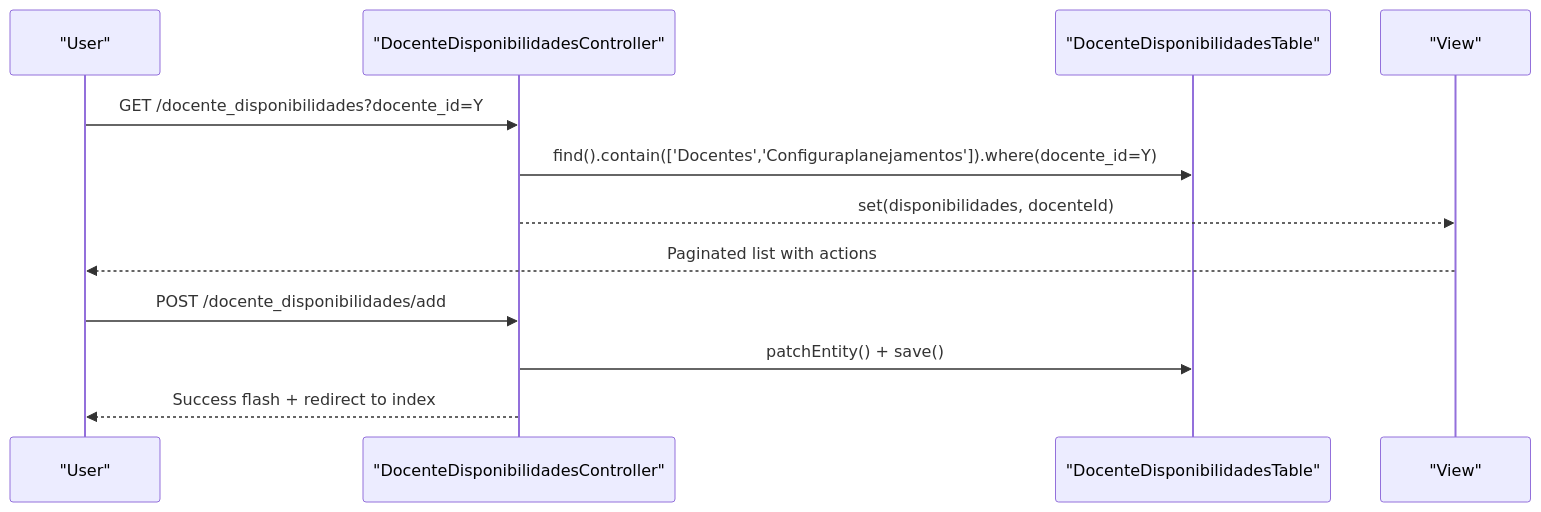
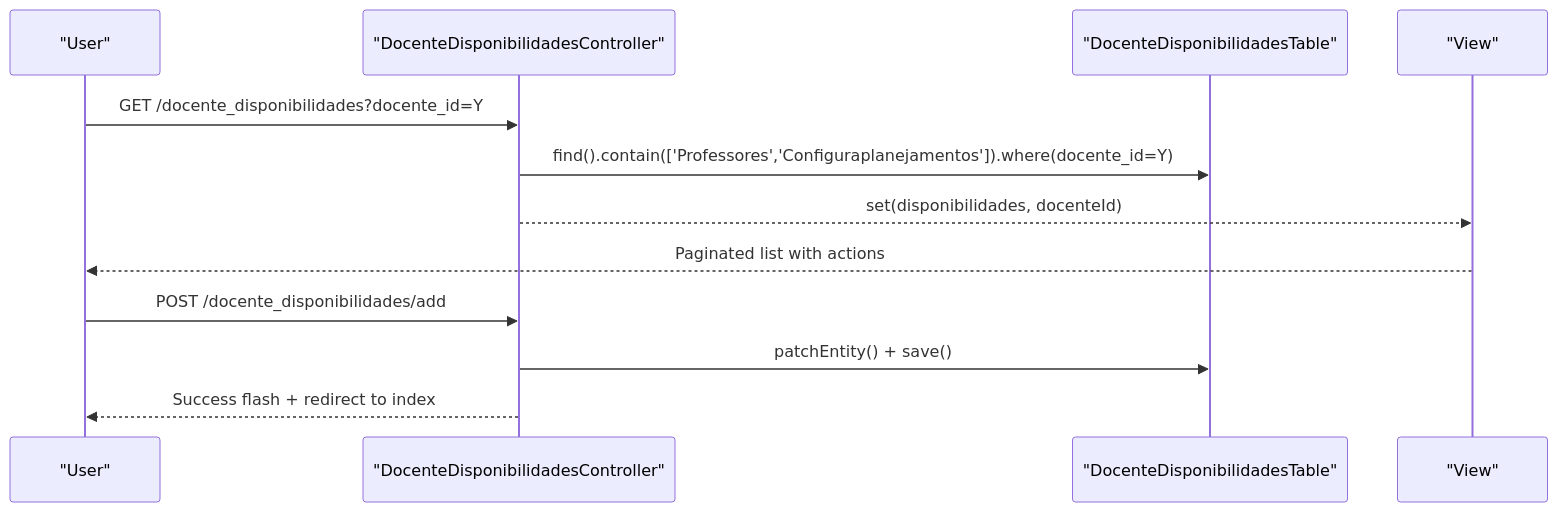
Before and after one commit to luiseduacosta/planejamento5: the eighth of 9 diagrams in .qoder/repowiki/en/content/Project Overview/Core Features Overview/Faculty Management/Faculty Management.md, drawn with Mermaid. The commit also changed other lines of this file and 37 other files, not shown here.

Commit message:
repowiki: rename Docentes → Professores in metadata

````diff
--- a/.qoder/repowiki/en/content/Project Overview/Core Features Overview/Faculty Management/Faculty Management.md
+++ b/.qoder/repowiki/en/content/Project Overview/Core Features Overview/Faculty Management/Faculty Management.md
@@ -441,14 +441,14 @@
 ```mermaid
 sequenceDiagram
 participant U as "User"
 participant C as "DocenteDisponibilidadesController"
 participant T as "DocenteDisponibilidadesTable"
 participant V as "View"
 U->>C : GET /docente_disponibilidades?docente_id=Y
-C->>T : find().contain(['Docentes','Configuraplanejamentos']).where(docente_id=Y)
+C->>T : find().contain(['Professores','Configuraplanejamentos']).where(docente_id=Y)
 C-->>V : set(disponibilidades, docenteId)
 V-->>U : Paginated list with actions
 U->>C : POST /docente_disponibilidades/add
 C->>T : patchEntity() + save()
 C-->>U : Success flash + redirect to index
 ```
````
